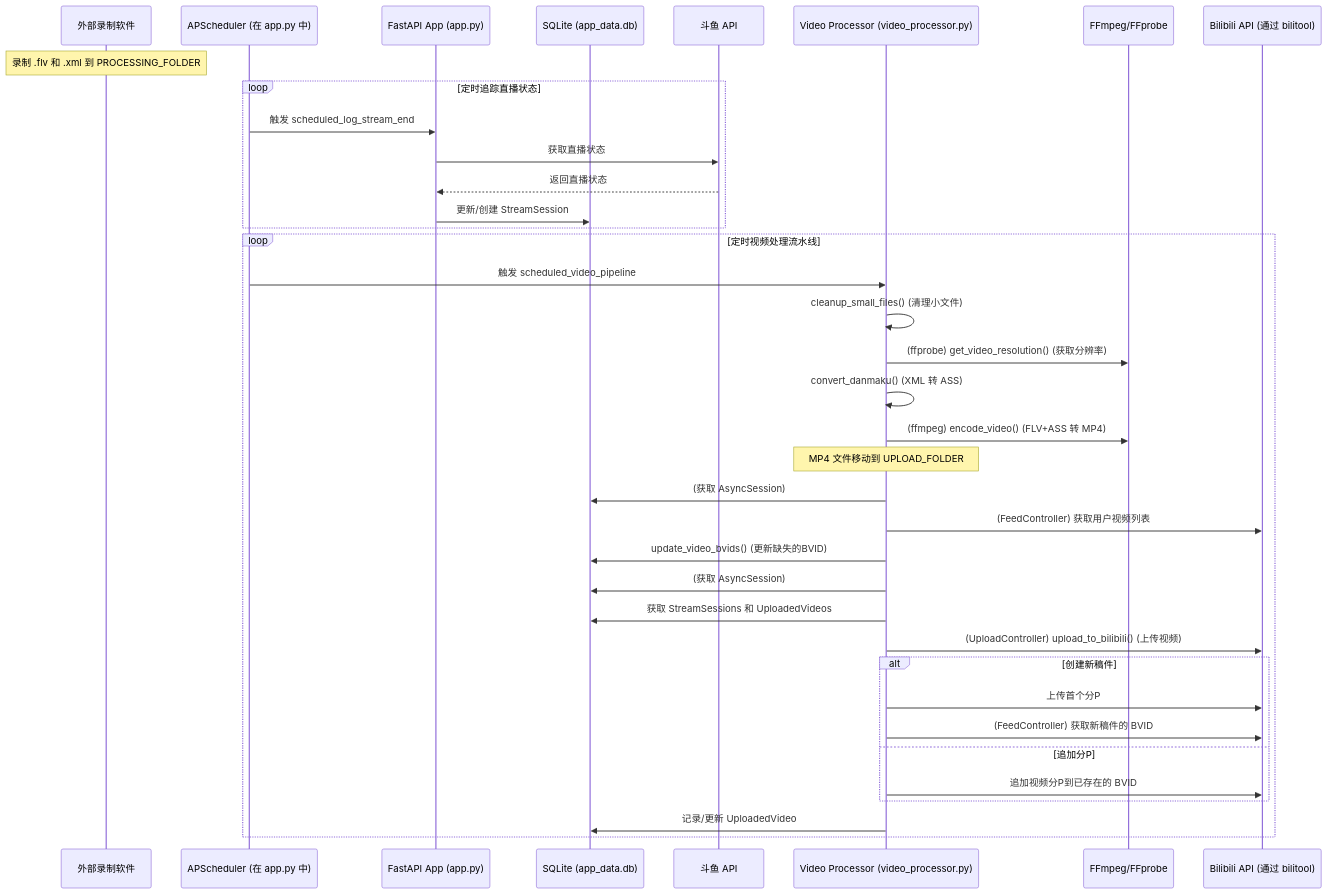
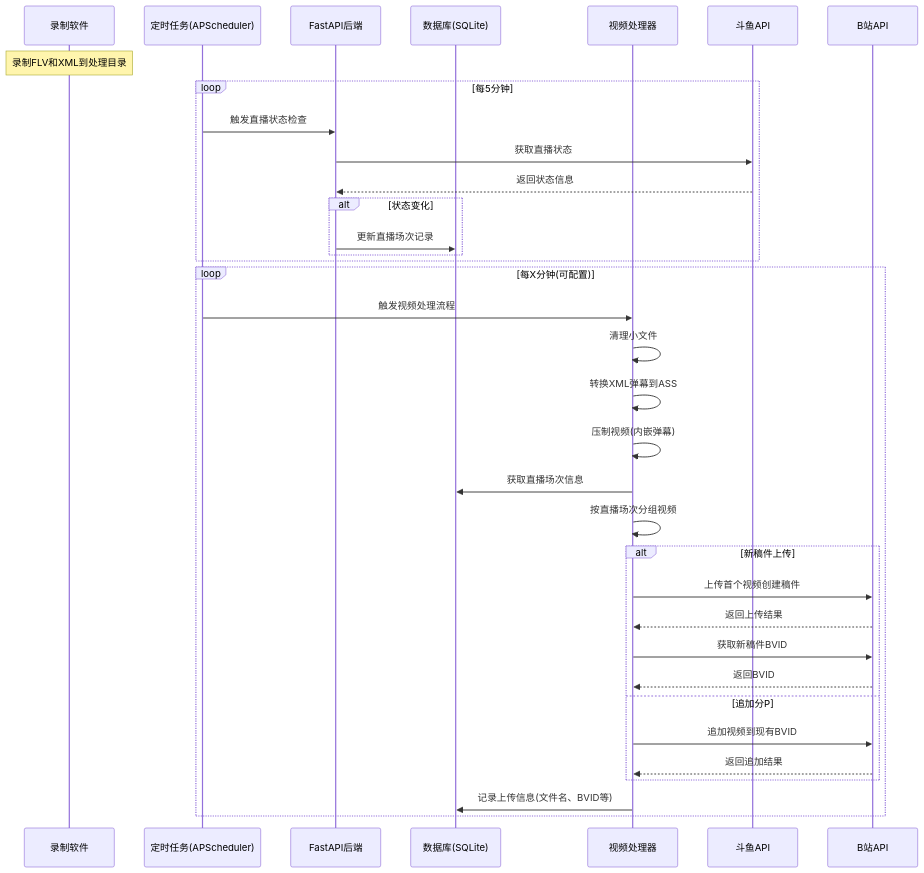
Before and after one commit to SimonGino/video_processor: the diagram in README.md, drawn with Mermaid. The commit also changed other lines of this file, not shown here.

````diff
--- a/README.md
+++ b/README.md
@@ -63,44 +124,45 @@
 ```mermaid
 sequenceDiagram
-    participant 用户/录制软件 as 外部录制软件
-    participant 定时器 as APScheduler (在 app.py 中)
-    participant 应用后端 as FastAPI App (app.py)
-    participant 数据库 as SQLite (app_data.db)
-    participant 斗鱼API as 斗鱼 API
-    participant 视频处理器 as Video Processor (video_processor.py)
-    participant FF工具集 as FFmpeg/FFprobe
-    participant B站API as Bilibili API (通过 bilitool)
+    participant 录制软件
+    participant 定时任务 as 定时任务(APScheduler)
+    participant API as FastAPI后端
+    participant DB as 数据库(SQLite)
+    participant 处理器 as 视频处理器
+    participant 斗鱼 as 斗鱼API
+    participant B站 as B站API
 
-    Note over 用户/录制软件: 录制 .flv 和 .xml 到 PROCESSING_FOLDER
-
-    loop 定时追踪直播状态
-        定时器->>应用后端: 触发 scheduled_log_stream_end
-        应用后端->>斗鱼API: 获取直播状态
-        斗鱼API-->>应用后端: 返回直播状态
-        应用后端->>数据库: 更新/创建 StreamSession
+    Note over 录制软件: 录制FLV和XML到处理目录
+    
+    loop 每5分钟
+        定时任务->>API: 触发直播状态检查
+        API->>斗鱼: 获取直播状态
+        斗鱼-->>API: 返回状态信息
+        
+        alt 状态变化
+            API->>DB: 更新直播场次记录
+        end
     end
-
-    loop 定时视频处理流水线
-        定时器->>视频处理器: 触发 scheduled_video_pipeline
-        视频处理器->>视频处理器: cleanup_small_files() (清理小文件)
-        视频处理器->>FF工具集: (ffprobe) get_video_resolution() (获取分辨率)
-        视频处理器->>视频处理器: convert_danmaku() (XML 转 ASS)
-        视频处理器->>FF工具集: (ffmpeg) encode_video() (FLV+ASS 转 MP4)
-        Note over 视频处理器: MP4 文件移动到 UPLOAD_FOLDER
-
-        视频处理器->>数据库: (获取 AsyncSession)
-        视频处理器->>B站API: (FeedController) 获取用户视频列表
-        视频处理器->>数据库: update_video_bvids() (更新缺失的BVID)
-
-        视频处理器->>数据库: (获取 AsyncSession)
-        视频处理器->>数据库: 获取 StreamSessions 和 UploadedVideos
-        视频处理器->>B站API: (UploadController) upload_to_bilibili() (上传视频)
-        alt 创建新稿件
-            视频处理器->>B站API: 上传首个分P
-            视频处理器->>B站API: (FeedController) 获取新稿件的 BVID
+    
+    loop 每X分钟(可配置)
+        定时任务->>处理器: 触发视频处理流程
+        
+        处理器->>处理器: 清理小文件
+        处理器->>处理器: 转换XML弹幕到ASS
+        处理器->>处理器: 压制视频(内嵌弹幕)
+        
+        处理器->>DB: 获取直播场次信息
+        处理器->>处理器: 按直播场次分组视频
+        
+        alt 新稿件上传
+            处理器->>B站: 上传首个视频创建稿件
+            B站-->>处理器: 返回上传结果
+            处理器->>B站: 获取新稿件BVID
+            B站-->>处理器: 返回BVID
         else 追加分P
-            视频处理器->>B站API: 追加视频分P到已存在的 BVID
+            处理器->>B站: 追加视频到现有BVID
+            B站-->>处理器: 返回追加结果
         end
-        视频处理器->>数据库: 记录/更新 UploadedVideo
+        
+        处理器->>DB: 记录上传信息(文件名、BVID等)
     end
 ```
````
